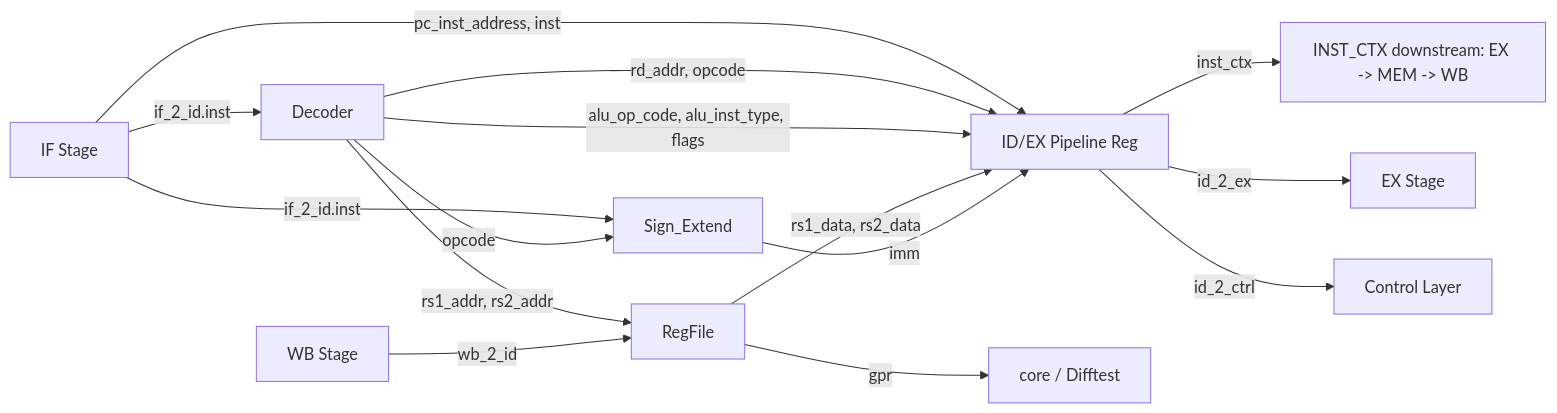
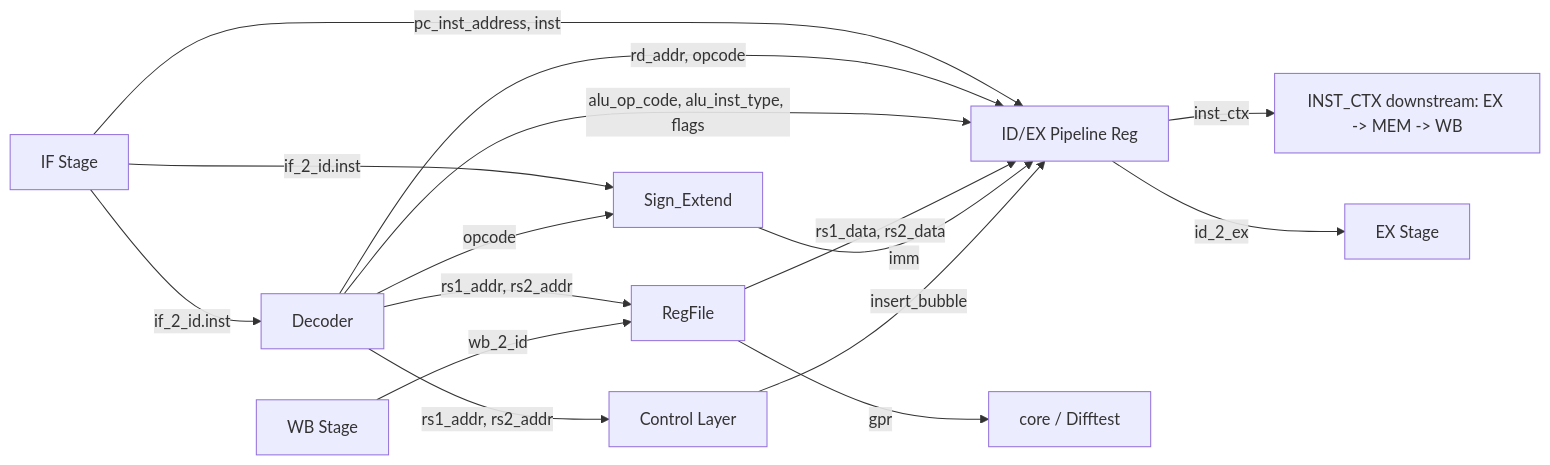
Before and after one commit to zhao-jingyan/26-Arch: the second of 6 diagrams in design/arch_v2.md, drawn with Mermaid. The commit also changed other lines of this file and 6 other files, not shown here.

First line of the commit message:
feat(control): enhance control unit for load-use hazard detection and bubble injection

````diff
--- a/design/arch_v2.md
+++ b/design/arch_v2.md
@@ -369,17 +370,18 @@
 ```mermaid
 flowchart LR
     IF[IF Stage] -->|if_2_id.inst| Decoder
     IF -->|if_2_id.inst| SignExt[Sign_Extend]
     IF -->|pc_inst_address, inst| PipeReg["ID/EX Pipeline Reg"]
     Decoder -->|rs1_addr, rs2_addr| RegFile
     WB[WB Stage] -->|wb_2_id| RegFile
     Decoder -->|rd_addr, opcode| PipeReg
     Decoder -->|alu_op_code, alu_inst_type, flags| PipeReg
     Decoder -->|opcode| SignExt
     RegFile -->|rs1_data, rs2_data| PipeReg
     SignExt -->|imm| PipeReg
     PipeReg -->|inst_ctx| CtxStream[INST_CTX downstream: EX -> MEM -> WB]
     PipeReg -->|id_2_ex| EX[EX Stage]
     RegFile -->|gpr| TopOut[core / Difftest]
-    PipeReg -->|id_2_ctrl| Ctrl[Control Layer]
+    Decoder -->|rs1_addr, rs2_addr| Ctrl[Control Layer]
+    Ctrl -->|insert_bubble| PipeReg
 ```
````
